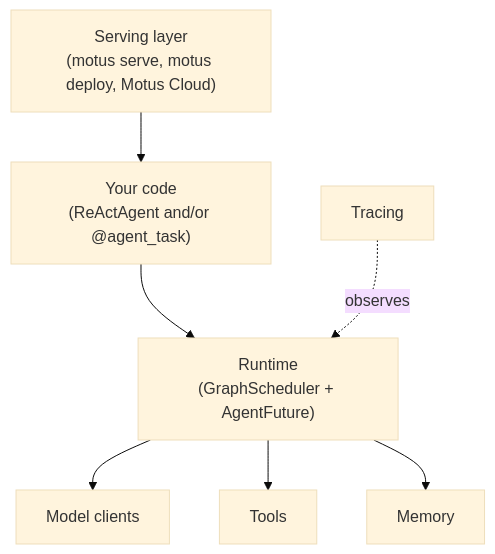
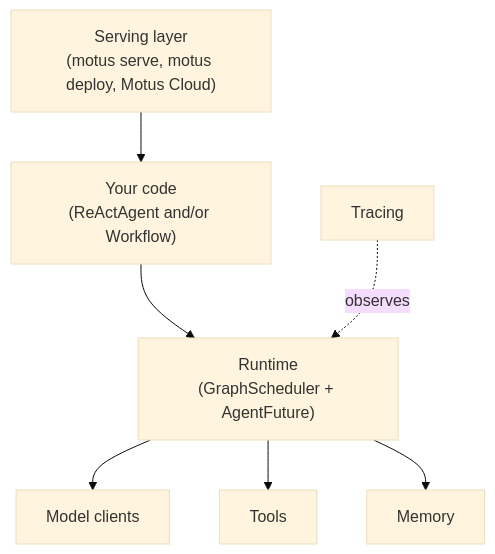
Before and after one commit to yzhou442/motus: the diagram in docs/concepts/overview.mdx, drawn with Mermaid (base theme). The commit also changed other lines of this file, not shown here.

First line of the commit message:
Refine Architecture Overview: name the second model Workflow, drop Life-of-a-task section

````diff
--- a/docs/concepts/overview.mdx
+++ b/docs/concepts/overview.mdx
@@ -60,17 +58,17 @@
 ```mermaid
 flowchart TD
     Serve["Serving layer<br/>(motus serve, motus deploy, Motus Cloud)"]
-    Code["Your code<br/>(ReActAgent and/or @agent_task)"]
+    Code["Your code<br/>(ReActAgent and/or Workflow)"]
     Runtime["Runtime<br/>(GraphScheduler + AgentFuture)"]
     Models["Model clients"]
     Tools["Tools"]
     Memory["Memory"]
     Tracing["Tracing"]
 
     Serve --> Code
     Code --> Runtime
     Runtime --> Models
     Runtime --> Tools
     Runtime --> Memory
     Tracing -. observes .-> Runtime
 ```
````
